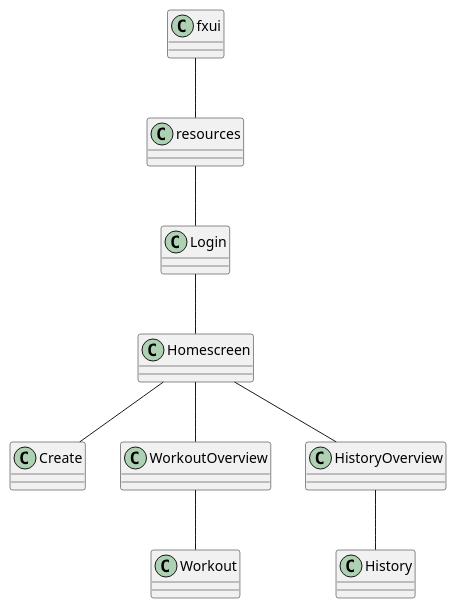
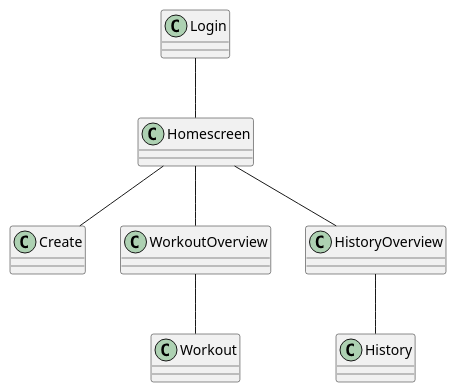
One commit to Madt2/IT1901-Prosjekt-host-2021 changed the diagram in docs/diagrams/fxmlDiagram.puml. Above: the diagram before and after it, drawn with PlantUML. The commit also changed 4 other files, not shown here.

Commit message:
Updated/Added class diagram for json, core, rest, fxui and fxml

```diff
--- a/docs/diagrams/fxmlDiagram.puml
+++ b/docs/diagrams/fxmlDiagram.puml
@@ -1,15 +1,11 @@
-@startuml Class Diagram
-scale 1
+@startuml FXML Diagram
 /' Not Classes, but fxml files  '/
-
-fxui -- resources
-resources -- Login
 
 Login -- Homescreen
 Homescreen -- Create
 Homescreen -- WorkoutOverview
 Homescreen -- HistoryOverview
 
 WorkoutOverview -- Workout
 HistoryOverview -- History
 @enduml
```
